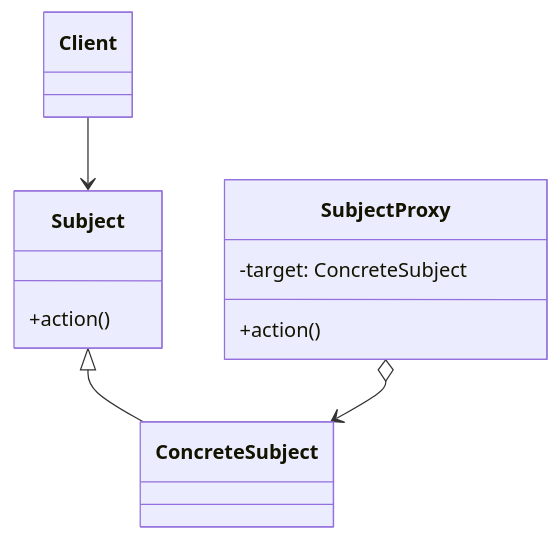
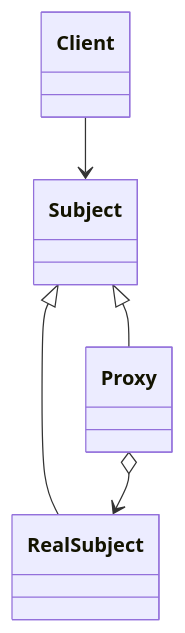
The seventh of 7 diagrams in doc/软件工程/设计模式/结构型模式.md (0xcaffebabe/note), drawn with Mermaid before and after one commit. The commit also changed other lines of this file and 6 other files, not shown here.

````diff
--- a/doc/软件工程/设计模式/结构型模式.md
+++ b/doc/软件工程/设计模式/结构型模式.md
@@ -247,13 +316,7 @@
 ```mermaid
 classDiagram
-    class Subject {
-        +action()
-    }
-    class SubjectProxy {
-        -target: ConcreteSubject
-        +action()
-    }
-    Subject <|-- ConcreteSubject
-    SubjectProxy o--> ConcreteSubject
-    Client --> Subject
+Subject <|-- RealSubject
+Subject <|-- Proxy
+Proxy o--> RealSubject
+Client --> Subject
 ```
````
